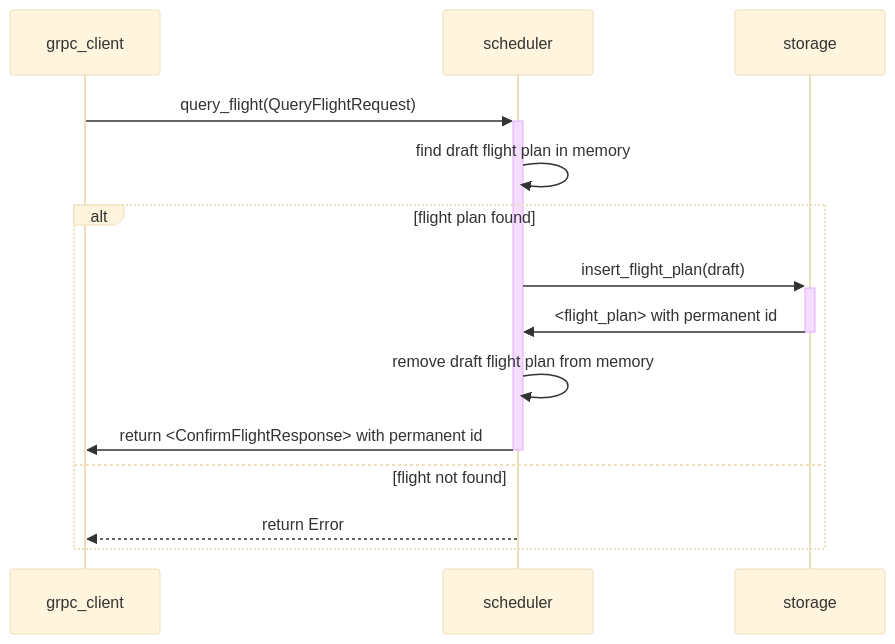
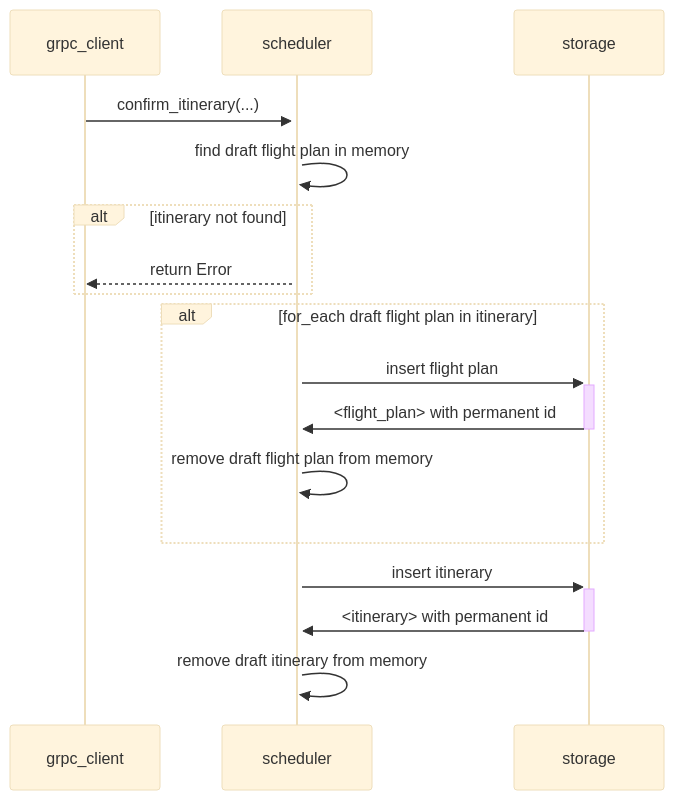
One commit to aetheric-oss/svc-scheduler changed the second of 3 diagrams in docs/sdd.md. Above: the diagram before and after it, drawn with Mermaid (base theme). The commit also changed other lines of this file and 2 other files, not shown here.

````diff
--- a/docs/sdd.md
+++ b/docs/sdd.md
@@ -123,13 +123,18 @@
 ```mermaid
 sequenceDiagram
-    grpc_client->>+scheduler: query_flight(QueryFlightRequest)
+    grpc_client->>+scheduler: confirm_itinerary(...)
     scheduler->>scheduler: find draft flight plan in memory
-    alt flight plan found
-        scheduler->>+storage: insert_flight_plan(draft)
+    alt itinerary not found
+        scheduler-->>grpc_client: return Error
+    end
+
+    alt for_each draft flight plan in itinerary
+        scheduler->>+storage: insert flight plan
         storage->>-scheduler: <flight_plan> with permanent id
         scheduler->>scheduler: remove draft flight plan from memory
-        scheduler->>-grpc_client: return <ConfirmFlightResponse> with permanent id
-    else flight not found
-        scheduler-->>grpc_client: return Error
     end
+
+    scheduler->>+storage: insert itinerary
+    storage->>-scheduler: <itinerary> with permanent id
+    scheduler->>scheduler: remove draft itinerary from memory
 ```
````
